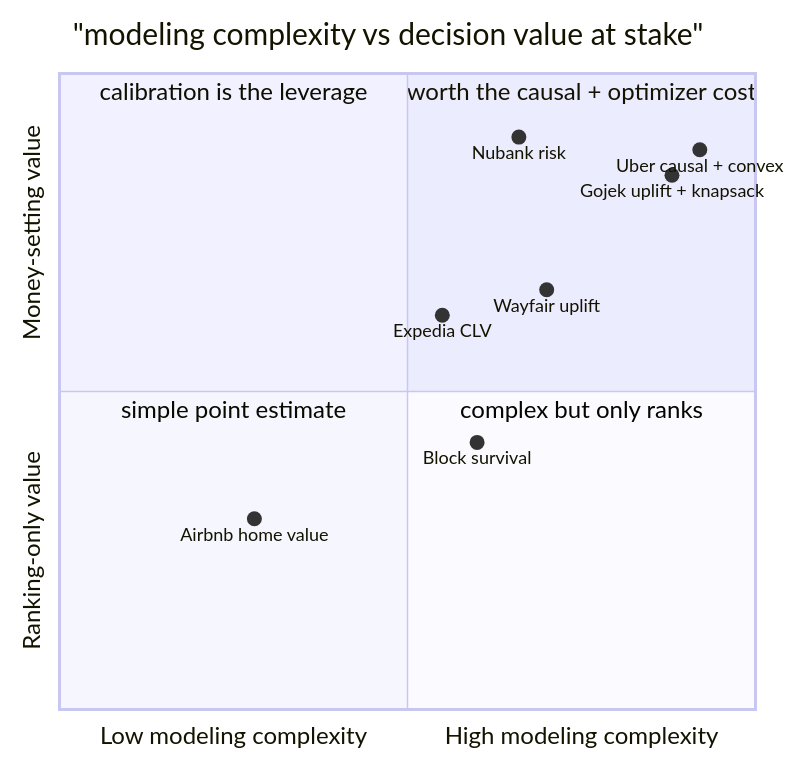
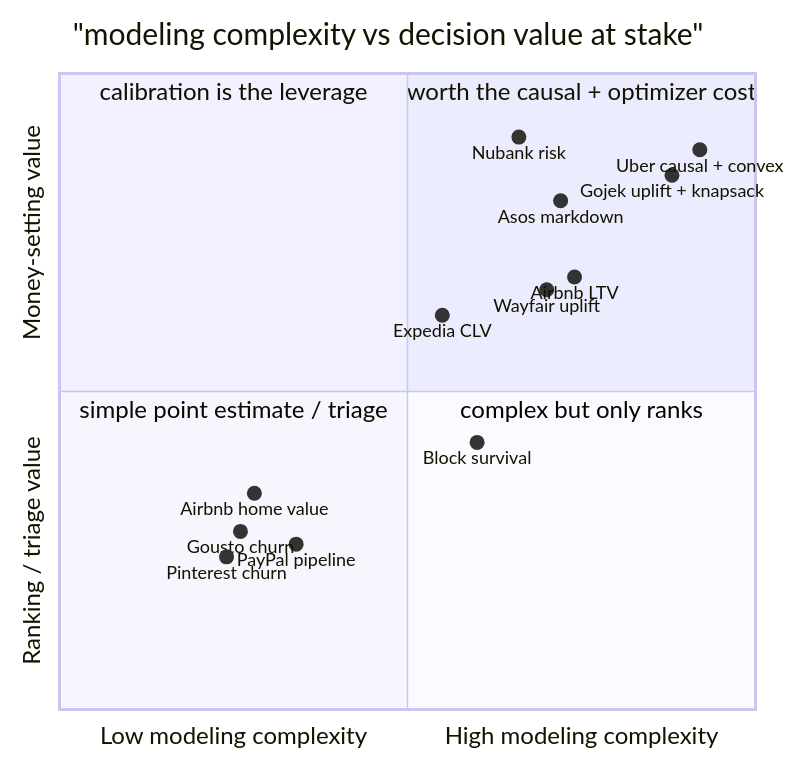
One commit to neurarch-ai/awesome-ml-system-design changed diagram 26 of 36 in CASE-STUDIES.md. Above: the diagram before and after it, drawn with Mermaid. The commit also changed other lines of this file and 1 other file, not shown here.

First line of the commit message:
Refresh comparative diagrams + teardowns for the newly added cases

````diff
--- a/CASE-STUDIES.md
+++ b/CASE-STUDIES.md
@@ -1050,17 +1089,22 @@
 ```mermaid
 quadrantChart
   title "modeling complexity vs decision value at stake"
   x-axis "Low modeling complexity" --> "High modeling complexity"
-  y-axis "Ranking-only value" --> "Money-setting value"
+  y-axis "Ranking / triage value" --> "Money-setting value"
   quadrant-1 "worth the causal + optimizer cost"
   quadrant-2 "calibration is the leverage"
-  quadrant-3 "simple point estimate"
+  quadrant-3 "simple point estimate / triage"
   quadrant-4 "complex but only ranks"
-  "Airbnb home value": [0.28, 0.30]
+  "Pinterest churn": [0.24, 0.24]
+  "Gousto churn": [0.26, 0.28]
+  "PayPal pipeline": [0.34, 0.26]
+  "Airbnb home value": [0.28, 0.34]
   "Expedia CLV": [0.55, 0.62]
   "Block survival": [0.60, 0.42]
   "Nubank risk": [0.66, 0.90]
+  "Asos markdown": [0.72, 0.80]
+  "Airbnb LTV": [0.74, 0.68]
   "Wayfair uplift": [0.70, 0.66]
   "Uber causal + convex": [0.92, 0.88]
   "Gojek uplift + knapsack": [0.88, 0.84]
 ```
````
